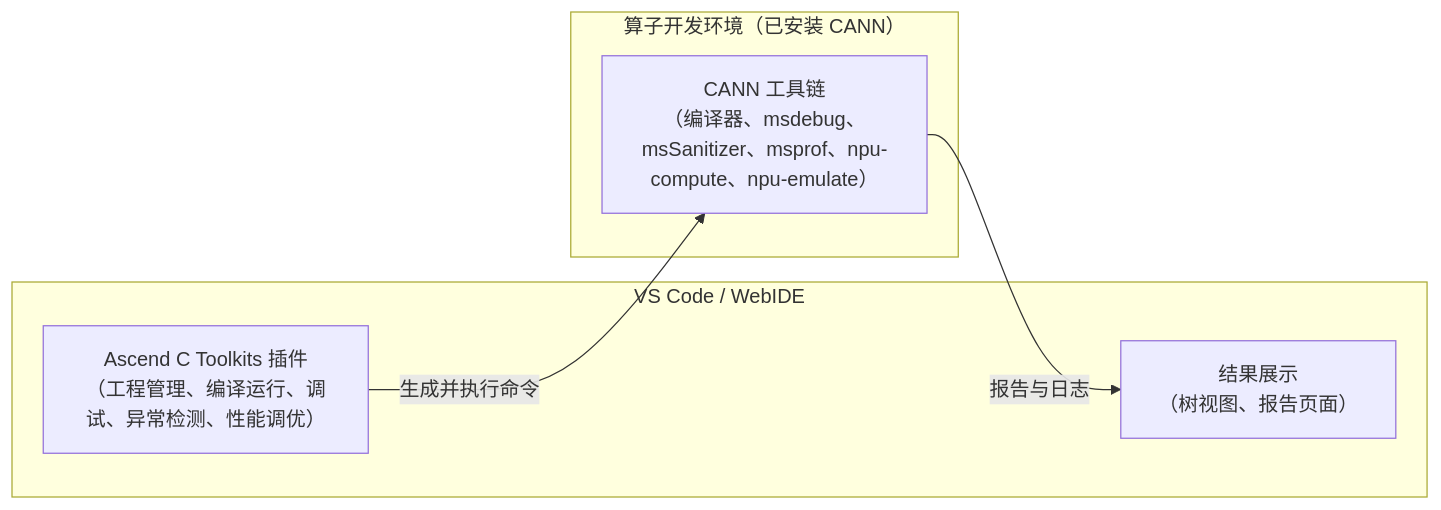
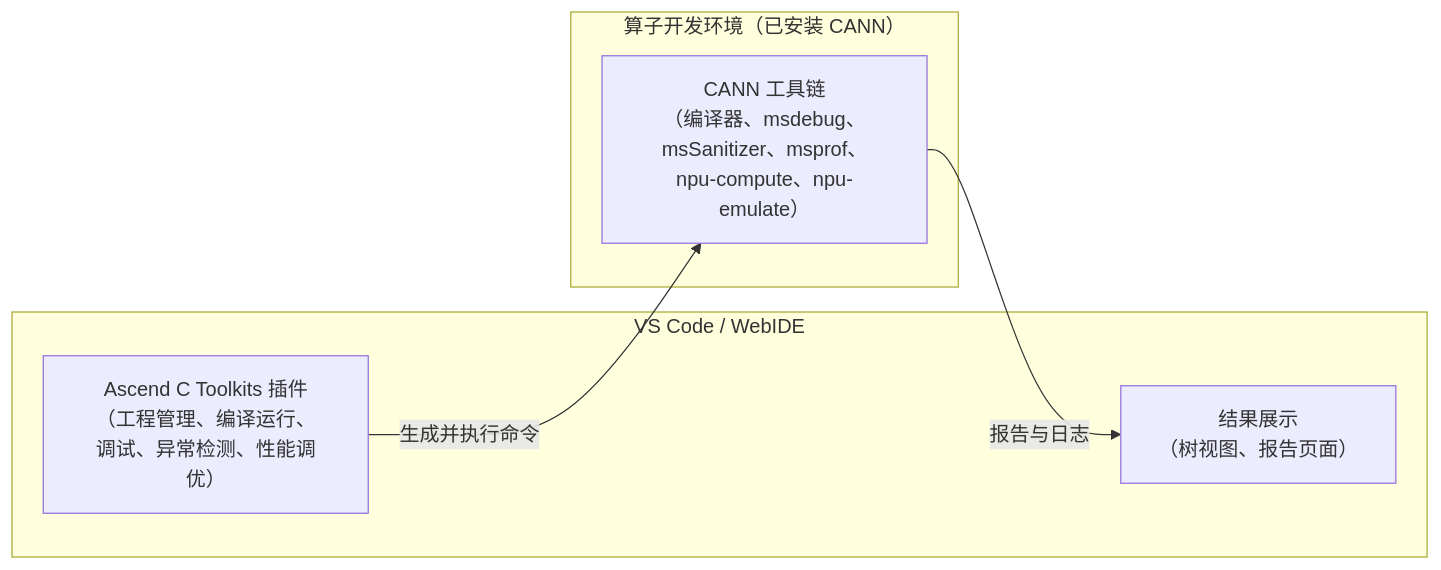
Before and after one commit to IdeFrontend/opdev_plugin: the diagram in README.md, drawn with Mermaid.

Commit message:
docs: 优化架构图展示

````diff
--- a/README.md
+++ b/README.md
@@ -25,12 +25,12 @@
 ```mermaid
 flowchart LR
   subgraph IDE["VS Code / WebIDE"]
-    UI["Ascend C Toolkits 插件<br/>（工程管理、编译运行、调试、异常检测、性能调优）"]
+    UI["Ascend C Toolkits 插件<br/>（工程管理、编译运行、<br/>调试、异常检测、性能调优）"]
     View["结果展示<br/>（树视图、报告页面）"]
   end
   subgraph Env["算子开发环境（已安装 CANN）"]
-    Tools["CANN 工具链<br/>（编译器、msdebug、msSanitizer、msprof、npu-compute、npu-emulate）"]
+    Tools["CANN 工具链<br/>（编译器、msdebug、<br/>msSanitizer、msprof、<br/>npu-compute、npu-emulate）"]
   end
   UI -->|生成并执行命令| Tools
   Tools -->|报告与日志| View
 ```
````
